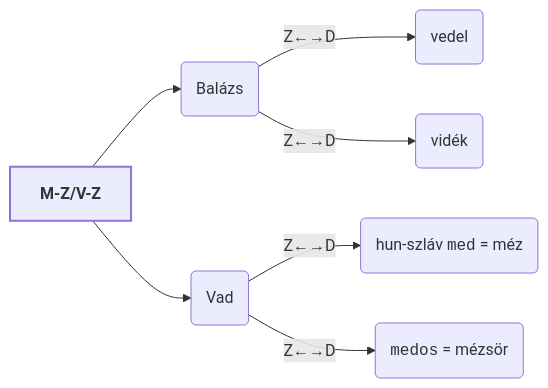
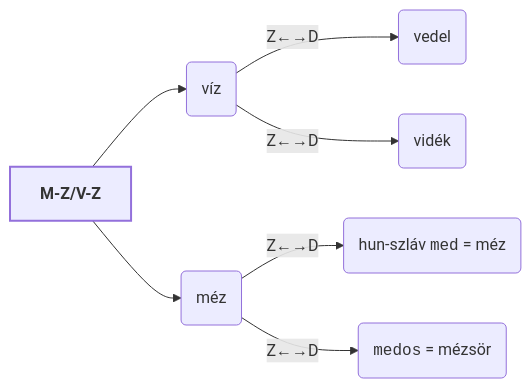
One commit to zoltndor/tudas-tar changed the fourth of 4 diagrams in src/site/notes/B/Balk.md. Above: the diagram before and after it, drawn with Mermaid. The commit also changed other lines of this file, not shown here.

````diff
--- a/src/site/notes/B/Balk.md
+++ b/src/site/notes/B/Balk.md
@@ -66,18 +103,18 @@
 ```mermaid
 flowchart LR
 
-	head["`**M-Z/V-Z**`"]
-	lvl2_a(Balázs)
-	lvl2_b(Vad)
+	head[<b>M-Z/V-Z</b>]
+	lvl2_a("víz")
+	lvl2_b("méz")
 	lvl3_a("vedel")
 	lvl3_b("vidék")
 	lvl3_c("hun-szláv <code>med</code> = méz")
 	lvl3_d("<code>medos</code> = mézsör")
 
 	head --> lvl2_a & lvl2_b
 	lvl2_a -- Z←→D -->  lvl3_a & lvl3_b
 	lvl2_b -- Z←→D -->  lvl3_c & lvl3_d
 
 	style head stroke-width:2px,stroke-dasharray: 0
 	class lvl2_a,lvl2_b,lvl3_a,lvl3_b internal-link
 ```
````
